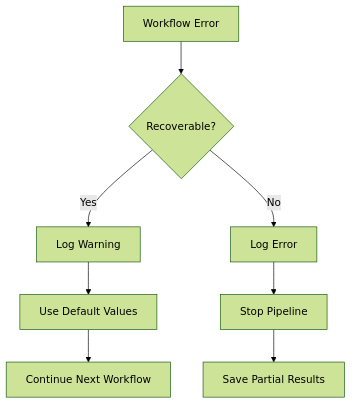
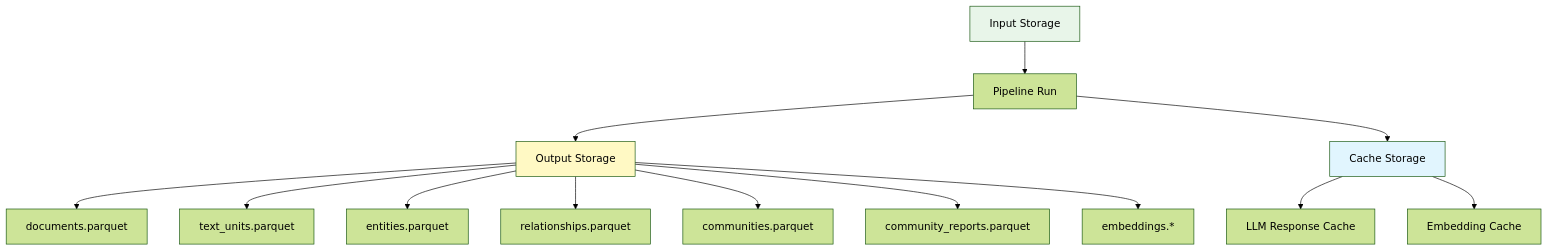
The ninth of 10 diagrams in docs/tunh/GRAPHRAG_INDEXING_FLOW.md (huytu0702/gtog), drawn with Mermaid (forest theme) before and after one commit. The commit also changed other lines of this file and 1 other file, not shown here.

````diff
--- a/docs/tunh/GRAPHRAG_INDEXING_FLOW.md
+++ b/docs/tunh/GRAPHRAG_INDEXING_FLOW.md
@@ -814,13 +535,21 @@
 ```mermaid
-flowchart TB
-    A[Workflow Error] --> B{Recoverable?}
+graph TB
+    A[Input Storage] --> B[Pipeline Run]
+    B --> C[Output Storage]
+    B --> D[Cache Storage]
     
-    B -->|Yes| C[Log Warning]
-    B -->|No| D[Log Error]
+    C --> E[documents.parquet]
+    C --> F[text_units.parquet]
+    C --> G[entities.parquet]
+    C --> H[relationships.parquet]
+    C --> I[communities.parquet]
+    C --> J[community_reports.parquet]
+    C --> K[embeddings.*]
     
-    C --> E[Use Default Values]
-    D --> F[Stop Pipeline]
+    D --> L[LLM Response Cache]
+    D --> M[Embedding Cache]
     
-    E --> G[Continue Next Workflow]
-    F --> H[Save Partial Results]
+    style A fill:#e8f5e9
+    style C fill:#fff9c4
+    style D fill:#e1f5fe
 ```
````
